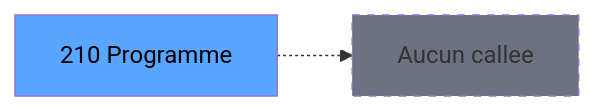
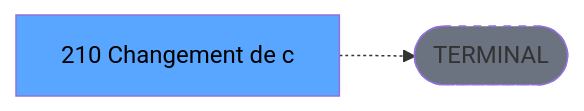
The third of 3 diagrams in .openspec/renders/ADH-IDE-210.md (thonyAGP/lecteur-magic), drawn with Mermaid before and after one commit. The commit also changed other lines of this file and 701 other files, not shown here.

````diff
--- a/.openspec/renders/ADH-IDE-210.md
+++ b/.openspec/renders/ADH-IDE-210.md
@@ -145,8 +146,8 @@
 ```mermaid
 graph LR
-    T[210 Programme]
-    NONE[Aucun callee]
-    T -.-> NONE
+    T[210 Changement de c]
+    TERM([TERMINAL])
+    T -.-> TERM
+    style TERM fill:#6b7280,stroke-dasharray: 5 5
     style T fill:#58a6ff,color:#000
-    style NONE fill:#6b7280,stroke-dasharray: 5 5
 ```
````
